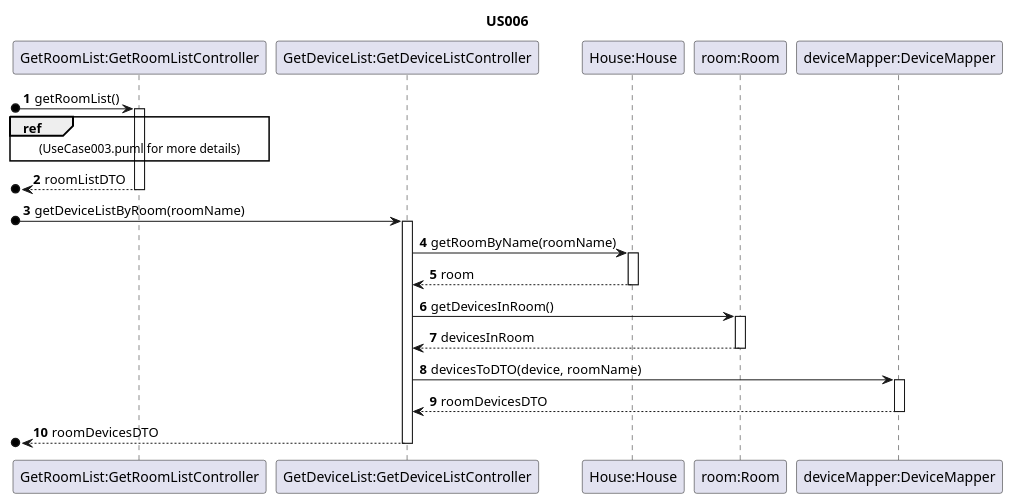
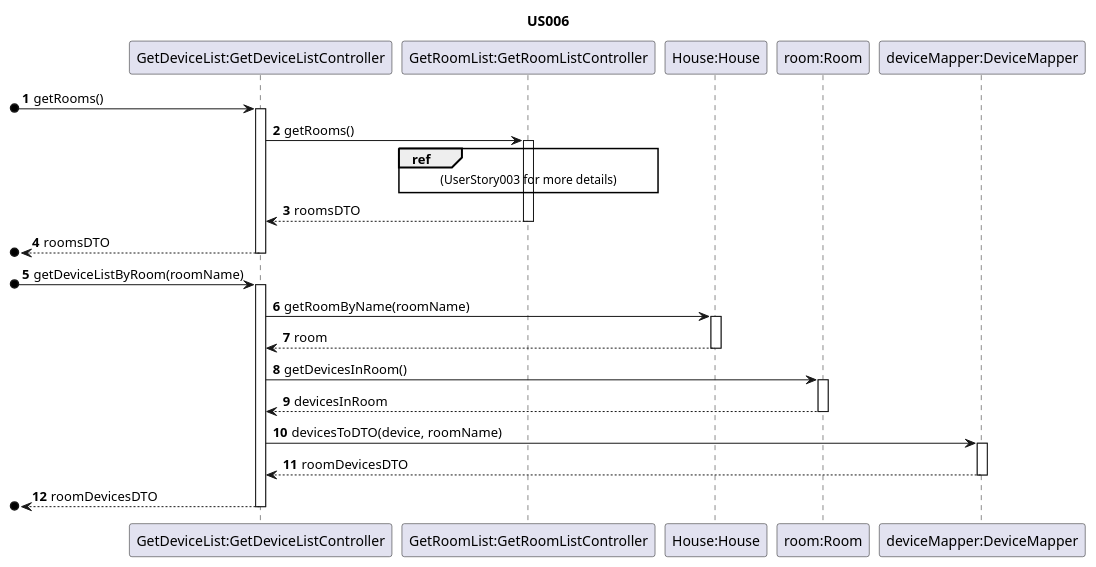
The diagram in projetoIntermedio/docs/sequence/UserStory006.puml (ozepedrorodrigues/projetoIntermedio), drawn with PlantUML before and after one commit. The commit also changed 6 other files, not shown here.

Commit message:
updated US006 Controller and Sequence Diagram

```diff
--- a/projetoIntermedio/docs/sequence/UserStory006.puml
+++ b/projetoIntermedio/docs/sequence/UserStory006.puml
@@ -1,40 +1,44 @@
 @startuml
 'https://plantuml.com/sequence-diagram
 
 autonumber
 
 title US006
 /'
 As a Room Owner [or Power User, or Administrator], I want to get a list of all
 devices in a room, so that I can configure them.
 '/
 
+Participant "GetDeviceList:GetDeviceListController" as A
 Participant "GetRoomList:GetRoomListController" as G
-Participant "GetDeviceList:GetDeviceListController" as G1
 Participant "House:House" as H
 Participant "room:Room" as R
 Participant "deviceMapper:DeviceMapper" as M
 
-[o->G : getRoomList()
+[o->A : getRooms()
+activate A
+A->G : getRooms()
 activate G
-ref over G : (UseCase003.puml for more details)
-[o<--G : roomListDTO
+ref over G : (UserStory003 for more details)
+G-->A : roomsDTO
 deactivate G
-[o->G1 : getDeviceListByRoom(roomName)
-activate G1
-G1->H : getRoomByName(roomName)
+[o<--A : roomsDTO
+deactivate A
+[o->A : getDeviceListByRoom(roomName)
+activate A
+A->H : getRoomByName(roomName)
 activate H
-H-->G1: room
+H-->A: room
 deactivate H
-G1->R : getDevicesInRoom()
+A->R : getDevicesInRoom()
 activate R
-R-->G1: devicesInRoom
+R-->A: devicesInRoom
 deactivate R
-G1->M : devicesToDTO(device, roomName)
+A->M : devicesToDTO(device, roomName)
 activate M
-M-->G1 : roomDevicesDTO
+M-->A : roomDevicesDTO
 deactivate M
-[o<--G1 : roomDevicesDTO
-deactivate G1
+[o<--A : roomDevicesDTO
+deactivate A
 
 @enduml
```
